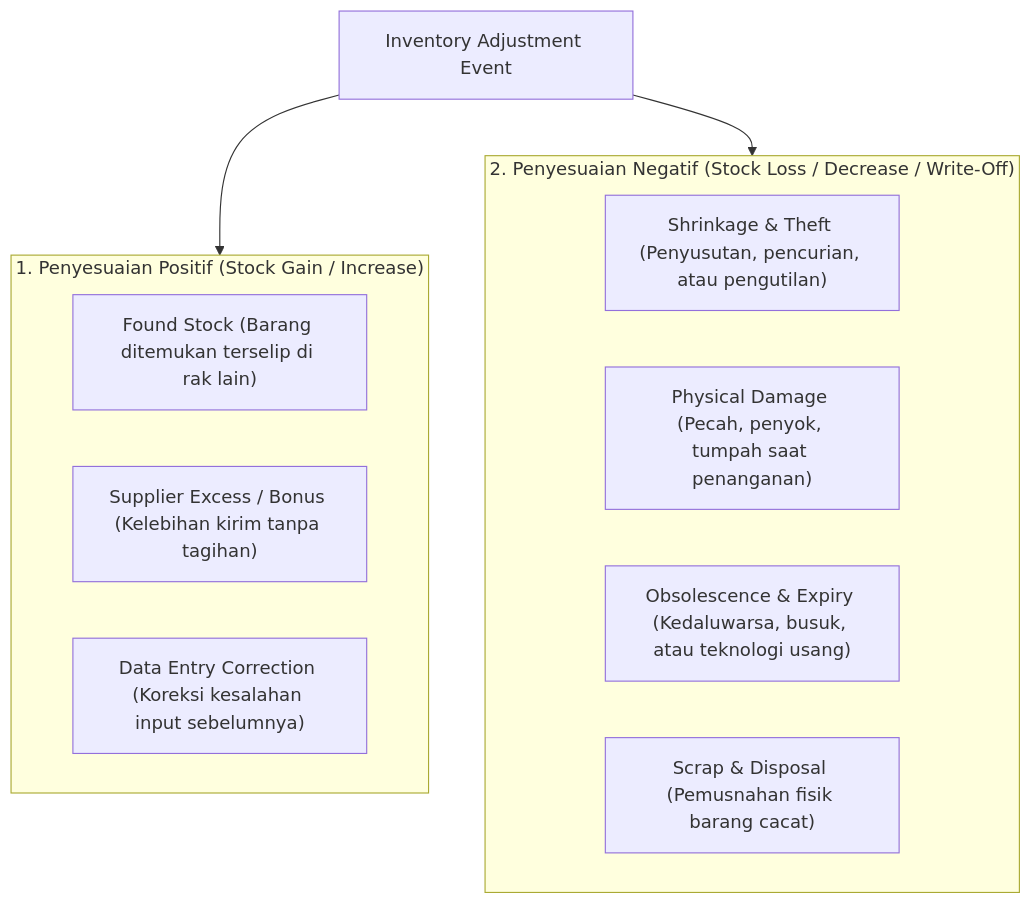
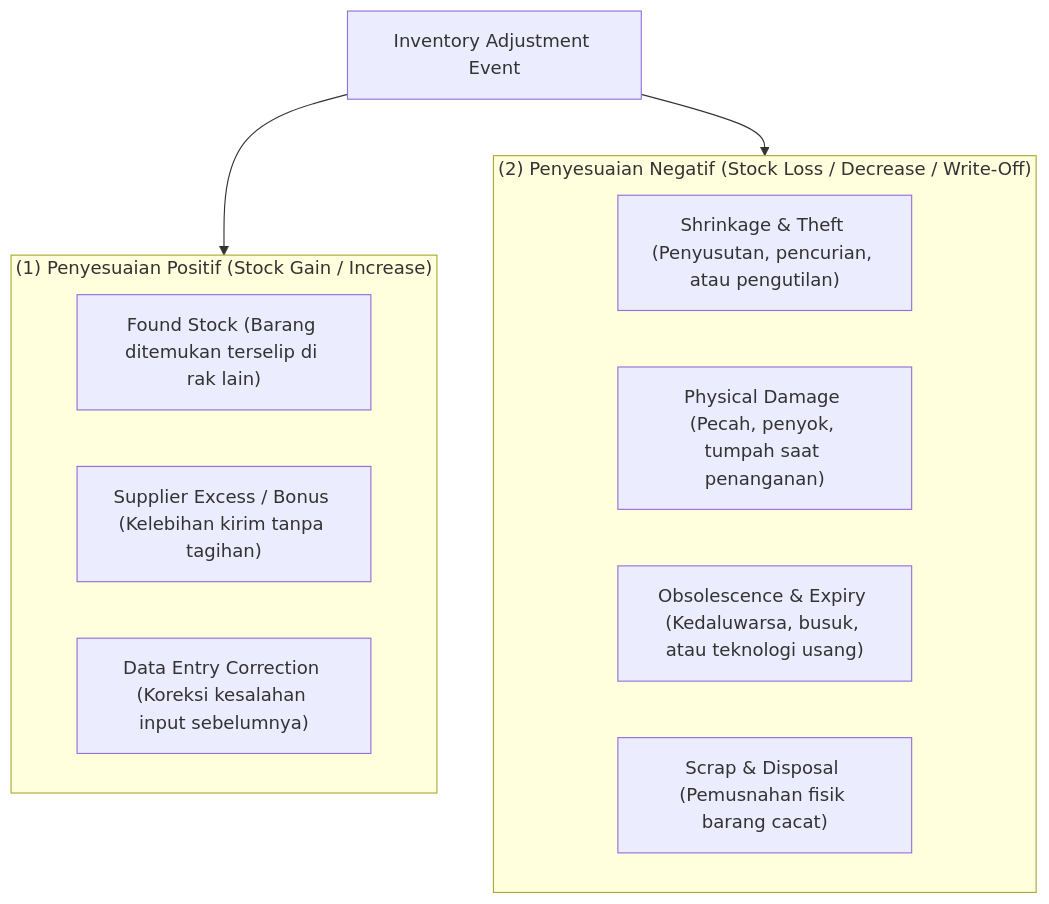
Before and after one commit to alimurrofid/erp-notes: the first of 2 diagrams in content/05-inventory/inventory-adjustment.md, drawn with Mermaid. The commit also changed other lines of this file and 132 other files, not shown here.

````diff
--- a/content/05-inventory/inventory-adjustment.md
+++ b/content/05-inventory/inventory-adjustment.md
@@ -37,20 +37,20 @@
 ```mermaid
 flowchart TD
     Adj["Inventory Adjustment Event"]
     
-    subgraph Pos["1. Penyesuaian Positif (Stock Gain / Increase)"]
+    subgraph Pos["(1) Penyesuaian Positif (Stock Gain / Increase)"]
         G1["Found Stock (Barang ditemukan terselip di rak lain)"]
         G2["Supplier Excess / Bonus (Kelebihan kirim tanpa tagihan)"]
         G3["Data Entry Correction (Koreksi kesalahan input sebelumnya)"]
     end
     
-    subgraph Neg["2. Penyesuaian Negatif (Stock Loss / Decrease / Write-Off)"]
+    subgraph Neg["(2) Penyesuaian Negatif (Stock Loss / Decrease / Write-Off)"]
         L1["Shrinkage & Theft (Penyusutan, pencurian, atau pengutilan)"]
         L2["Physical Damage (Pecah, penyok, tumpah saat penanganan)"]
         L3["Obsolescence & Expiry (Kedaluwarsa, busuk, atau teknologi usang)"]
         L4["Scrap & Disposal (Pemusnahan fisik barang cacat)"]
     end
     
     Adj --> Pos
     Adj --> Neg
 ```
````
